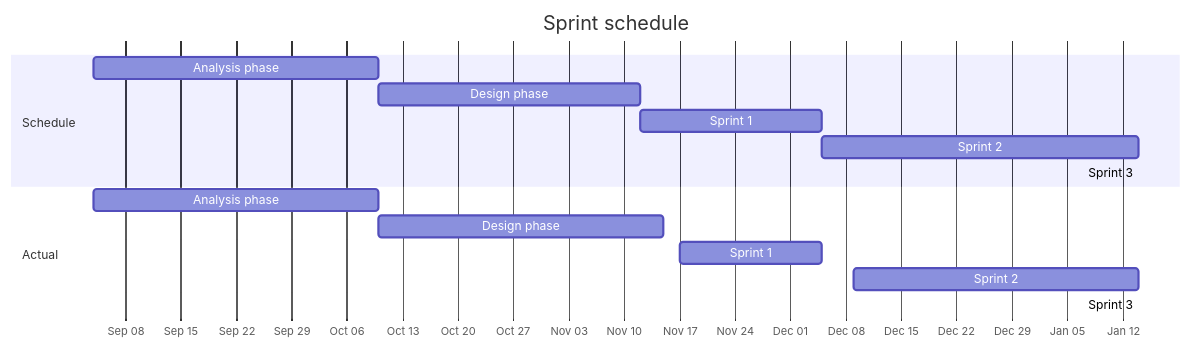
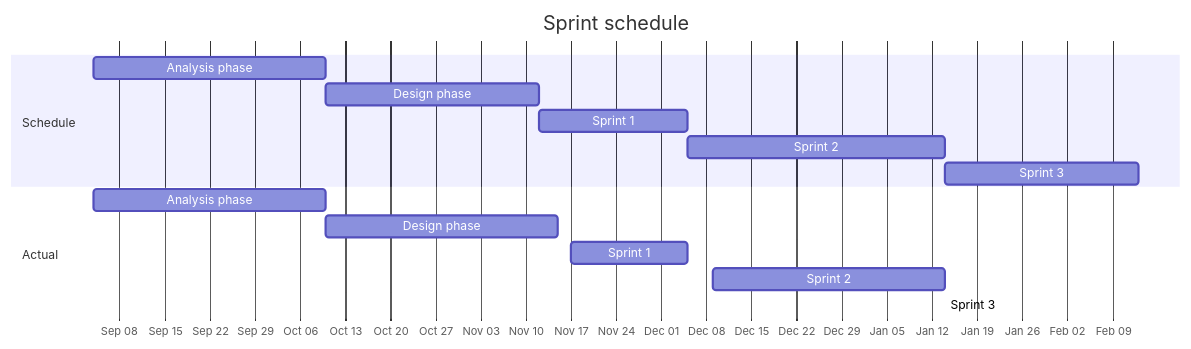
One commit to RandomSearch18/a-level-project changed the seventh of 9 diagrams in docs/readme.md. Above: the diagram before and after it, drawn with Mermaid.

Commit message:
Add sprint 3 deadline

````diff
--- a/docs/readme.md
+++ b/docs/readme.md
@@ -1528,19 +1528,19 @@
 ```mermaid
 gantt
   title Sprint schedule
   dateFormat YYYY-MM-DD
   axisFormat %b %d
   tickInterval 1week
   section Schedule
     Analysis phase: 2024-09-04, 2024-10-10
     Design phase: 2024-10-10, 2024-11-12
     Sprint 1: 2024-11-12, 2024-12-05
     Sprint 2: 2024-12-05, 2025-01-14
-    Sprint 3: 2025-01-14,
+    Sprint 3: 2025-01-14, 2025-02-13
   section Actual
     Analysis phase: 2024-09-04, 2024-10-10
     Design phase: 2024-10-10, 2024-11-15
     Sprint 1: 2024-11-17, 2024-12-05
     Sprint 2: 2024-12-09, 2025-01-14
     Sprint 3: 2025-01-14,
 ```
````
